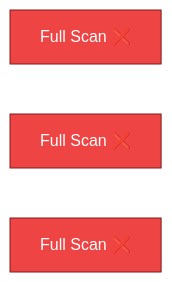
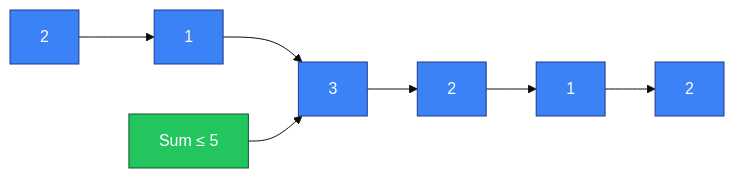
Before and after one commit to bhaskarneerati/coding-mermaid-diagrams: the third of 11 diagrams in sliding-window.md, drawn with Mermaid (base theme). The commit also changed other lines of this file, not shown here.

````diff
--- a/sliding-window.md
+++ b/sliding-window.md
@@ -30,10 +44,13 @@
 ```mermaid
 flowchart LR
-    Scan1[Full Scan ❌]
-    Scan2[Full Scan ❌]
-    Scan3[Full Scan ❌]
+C1[2] --> C2[1] --> C3[3] --> C4[2] --> C5[1] --> C6[2]
+cond[Sum ≤ 5]
 
-    classDef bad fill:#ef4444,stroke:#7f1d1d,color:#ffffff;
+cond --> C3
 
-    class Scan1,Scan2,Scan3 bad;
+classDef base fill:#3b82f6,stroke:#1e3a8a,color:#ffffff;
+classDef good fill:#22c55e,stroke:#14532d,color:#ffffff;
+
+class C1,C2,C3,C4,C5,C6 base;
+class cond good;
 ```
````
